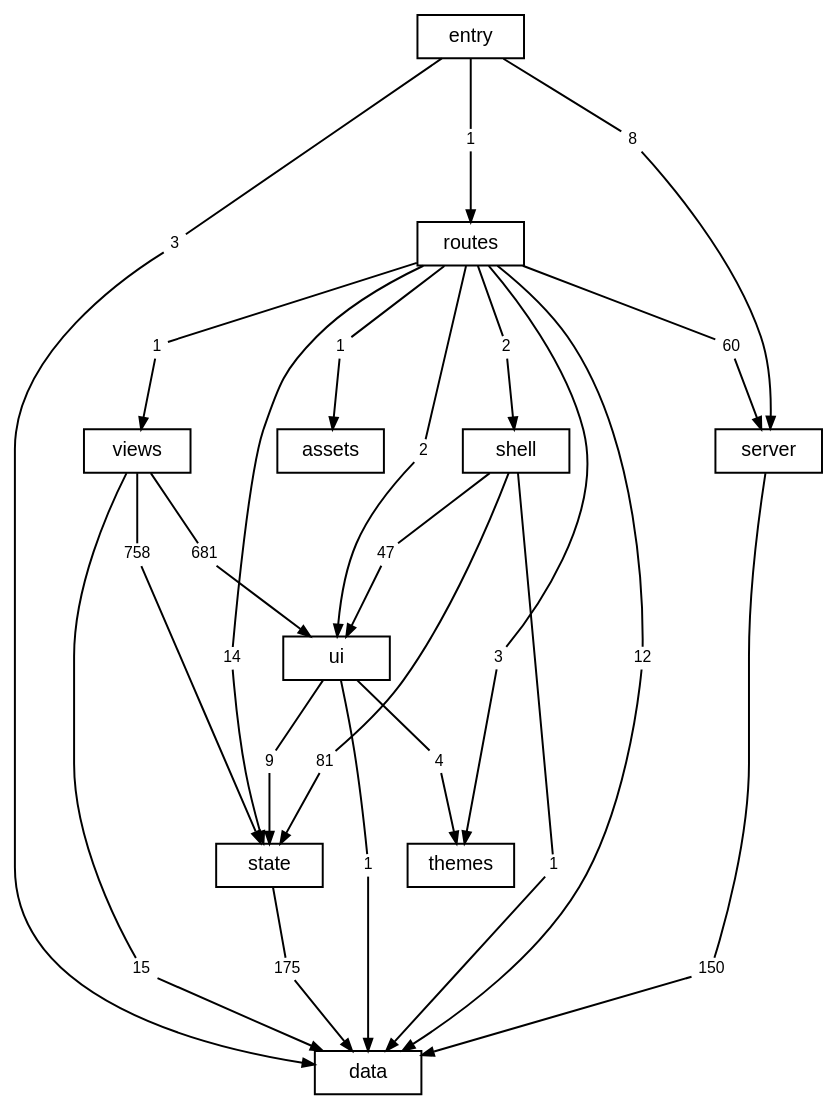
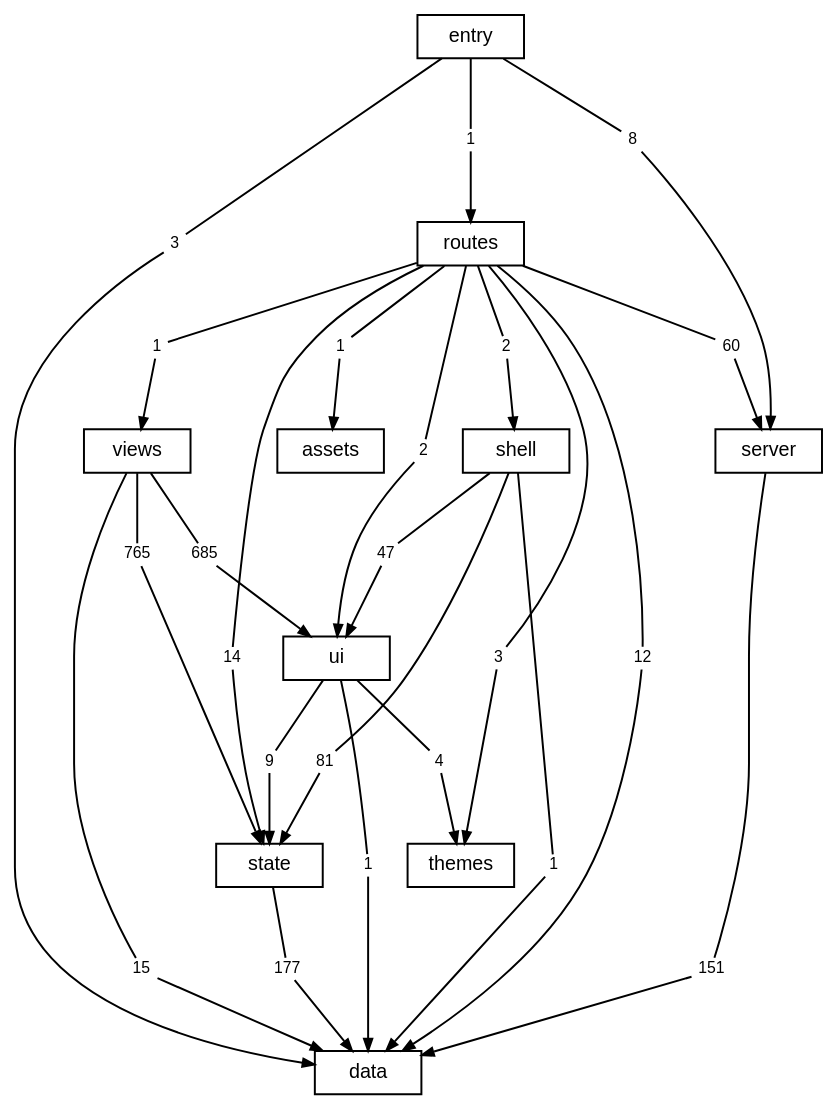
The diagram in docs/diagrams/layers.dot (TheAxeC/oculus), drawn with Graphviz before and after one commit. The commit also changed 118 other files, not shown here.

```diff
--- a/docs/diagrams/layers.dot
+++ b/docs/diagrams/layers.dot
@@ -1,81 +1,81 @@
 digraph layers {
     graph [bgcolor="transparent", rankdir=TB, newrank=true, fontname="Helvetica,Arial,sans-serif", fontsize=12, nodesep=0.2, ranksep=0.5];
     node [shape=box, color="black", fontcolor="black", fontname="Helvetica,Arial,sans-serif", fontsize=10, height=0.3, margin="0.12,0.04"];
     edge [color="black", fontcolor="black", fontname="Helvetica,Arial,sans-serif", fontsize=8, arrowsize=0.6];
     "data";
     "server";
     "state";
     "ui";
     "shell";
     "views";
     "themes";
     "routes";
     "src" [label="entry"];
     "files: assets" [label="assets"];
     "routes to data" [label="12", shape=box, color="transparent", fontsize=8, width=0, height=0, margin="0.04,0.02"];
     "routes" -> "routes to data" [arrowhead=none];
     "routes to data" -> "data" [];
     "routes to files: assets" [label="1", shape=box, color="transparent", fontsize=8, width=0, height=0, margin="0.04,0.02"];
     "routes" -> "routes to files: assets" [arrowhead=none];
     "routes to files: assets" -> "files: assets" [];
     "routes to server" [label="60", shape=box, color="transparent", fontsize=8, width=0, height=0, margin="0.04,0.02"];
     "routes" -> "routes to server" [arrowhead=none];
     "routes to server" -> "server" [];
     "routes to shell" [label="2", shape=box, color="transparent", fontsize=8, width=0, height=0, margin="0.04,0.02"];
     "routes" -> "routes to shell" [arrowhead=none];
     "routes to shell" -> "shell" [];
     "routes to state" [label="14", shape=box, color="transparent", fontsize=8, width=0, height=0, margin="0.04,0.02"];
     "routes" -> "routes to state" [arrowhead=none];
     "routes to state" -> "state" [];
     "routes to themes" [label="3", shape=box, color="transparent", fontsize=8, width=0, height=0, margin="0.04,0.02"];
     "routes" -> "routes to themes" [arrowhead=none];
     "routes to themes" -> "themes" [];
     "routes to ui" [label="2", shape=box, color="transparent", fontsize=8, width=0, height=0, margin="0.04,0.02"];
     "routes" -> "routes to ui" [arrowhead=none];
     "routes to ui" -> "ui" [];
     "routes to views" [label="1", shape=box, color="transparent", fontsize=8, width=0, height=0, margin="0.04,0.02"];
     "routes" -> "routes to views" [arrowhead=none];
     "routes to views" -> "views" [];
-    "server to data" [label="150", shape=box, color="transparent", fontsize=8, width=0, height=0, margin="0.04,0.02"];
+    "server to data" [label="151", shape=box, color="transparent", fontsize=8, width=0, height=0, margin="0.04,0.02"];
     "server" -> "server to data" [arrowhead=none];
     "server to data" -> "data" [];
     "shell to data" [label="1", shape=box, color="transparent", fontsize=8, width=0, height=0, margin="0.04,0.02"];
     "shell" -> "shell to data" [arrowhead=none];
     "shell to data" -> "data" [];
     "shell to state" [label="81", shape=box, color="transparent", fontsize=8, width=0, height=0, margin="0.04,0.02"];
     "shell" -> "shell to state" [arrowhead=none];
     "shell to state" -> "state" [];
     "shell to ui" [label="47", shape=box, color="transparent", fontsize=8, width=0, height=0, margin="0.04,0.02"];
     "shell" -> "shell to ui" [arrowhead=none];
     "shell to ui" -> "ui" [];
     "src to data" [label="3", shape=box, color="transparent", fontsize=8, width=0, height=0, margin="0.04,0.02"];
     "src" -> "src to data" [arrowhead=none];
     "src to data" -> "data" [];
     "src to routes" [label="1", shape=box, color="transparent", fontsize=8, width=0, height=0, margin="0.04,0.02"];
     "src" -> "src to routes" [arrowhead=none];
     "src to routes" -> "routes" [];
     "src to server" [label="8", shape=box, color="transparent", fontsize=8, width=0, height=0, margin="0.04,0.02"];
     "src" -> "src to server" [arrowhead=none];
     "src to server" -> "server" [];
-    "state to data" [label="175", shape=box, color="transparent", fontsize=8, width=0, height=0, margin="0.04,0.02"];
+    "state to data" [label="177", shape=box, color="transparent", fontsize=8, width=0, height=0, margin="0.04,0.02"];
     "state" -> "state to data" [arrowhead=none];
     "state to data" -> "data" [];
     "ui to data" [label="1", shape=box, color="transparent", fontsize=8, width=0, height=0, margin="0.04,0.02"];
     "ui" -> "ui to data" [arrowhead=none];
     "ui to data" -> "data" [];
     "ui to state" [label="9", shape=box, color="transparent", fontsize=8, width=0, height=0, margin="0.04,0.02"];
     "ui" -> "ui to state" [arrowhead=none];
     "ui to state" -> "state" [];
     "ui to themes" [label="4", shape=box, color="transparent", fontsize=8, width=0, height=0, margin="0.04,0.02"];
     "ui" -> "ui to themes" [arrowhead=none];
     "ui to themes" -> "themes" [];
     "views to data" [label="15", shape=box, color="transparent", fontsize=8, width=0, height=0, margin="0.04,0.02"];
     "views" -> "views to data" [arrowhead=none];
     "views to data" -> "data" [];
-    "views to state" [label="758", shape=box, color="transparent", fontsize=8, width=0, height=0, margin="0.04,0.02"];
+    "views to state" [label="765", shape=box, color="transparent", fontsize=8, width=0, height=0, margin="0.04,0.02"];
     "views" -> "views to state" [arrowhead=none];
     "views to state" -> "state" [];
-    "views to ui" [label="681", shape=box, color="transparent", fontsize=8, width=0, height=0, margin="0.04,0.02"];
+    "views to ui" [label="685", shape=box, color="transparent", fontsize=8, width=0, height=0, margin="0.04,0.02"];
     "views" -> "views to ui" [arrowhead=none];
     "views to ui" -> "ui" [];
 }
```
